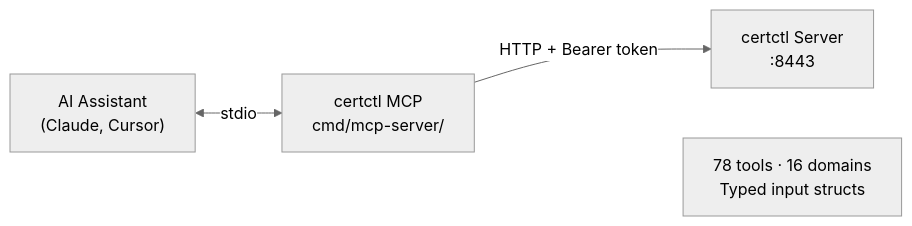
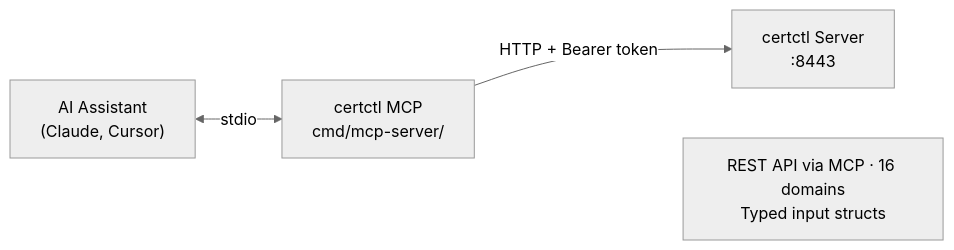
Before and after one commit to certctl-io/certctl: the diagram in docs/mcp.md, drawn with Mermaid (neutral theme). The commit also changed other lines of this file and 9 other files, not shown here.

````diff
--- a/docs/mcp.md
+++ b/docs/mcp.md
@@ -147,11 +147,11 @@
 ```mermaid
 flowchart LR
     AI["AI Assistant\n(Claude, Cursor)"]
     MCP["certctl MCP\ncmd/mcp-server/"]
     SERVER["certctl Server\n:8443"]
 
     AI <-->|"stdio"| MCP
     MCP -->|"HTTP + Bearer token"| SERVER
 
-    MCP ~~~ TOOLS["78 tools · 16 domains\nTyped input structs"]
+    MCP ~~~ TOOLS["REST API via MCP · 16 domains\nTyped input structs"]
 ```
````
